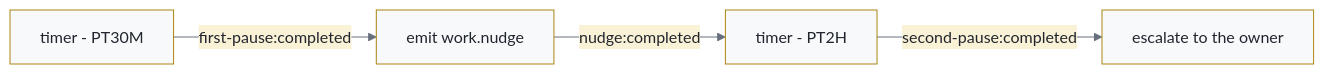
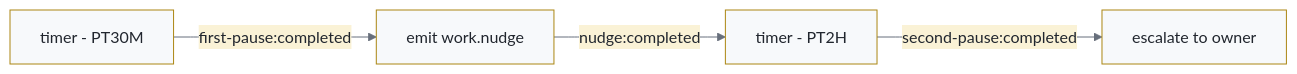
The diagram in site/src/pages/workflows.md (denisekart/open-facilitator), drawn with Mermaid before and after one commit. The commit also changed other lines of this file and 13 other files, not shown here.

````diff
--- a/site/src/pages/workflows.md
+++ b/site/src/pages/workflows.md
@@ -57,9 +37,7 @@
 ```mermaid title="The nudge ladder as the editor draws it"
-%%{init: {"theme": "base", "themeVariables": {"primaryColor": "#f7f9fb",
-"primaryBorderColor": "#ab8612", "primaryTextColor": "#21262e",
-"lineColor": "#676f7c", "secondaryColor": "#faf2d6"}}}%%
+%%{init: {"theme": "base", "themeVariables": {"primaryColor": "#f7f9fb", "primaryBorderColor": "#ab8612", "primaryTextColor": "#21262e", "lineColor": "#676f7c", "secondaryColor": "#faf2d6"}}}%%
 flowchart LR
   T["timer - PT30M"] -->|"first-pause:completed"| N["emit work.nudge"]
   N -->|"nudge:completed"| S["timer - PT2H"]
-  S -->|"second-pause:completed"| E["escalate to the owner"]
+  S -->|"second-pause:completed"| E["escalate to owner"]
 ```
````
